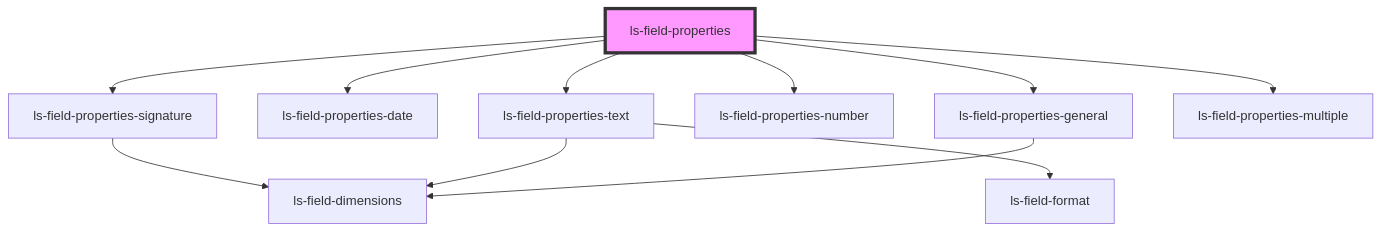
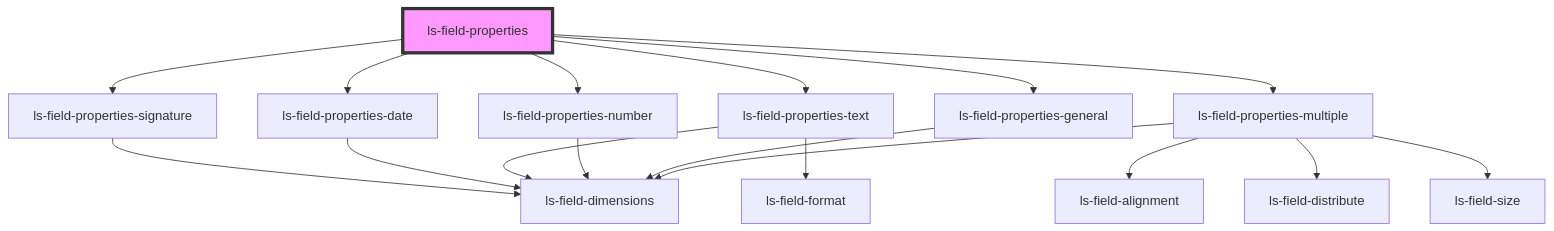
One commit to legalesign/ls-document-viewer changed the diagram in src/components/ls-field-properties/readme.md. Above: the diagram before and after it, drawn with Mermaid. The commit also changed 38 other files, not shown here.

````diff
--- a/src/components/ls-field-properties/readme.md
+++ b/src/components/ls-field-properties/readme.md
@@ -27,14 +27,20 @@
 ```mermaid
 graph TD;
   ls-field-properties --> ls-field-properties-signature
   ls-field-properties --> ls-field-properties-date
   ls-field-properties --> ls-field-properties-text
   ls-field-properties --> ls-field-properties-number
   ls-field-properties --> ls-field-properties-general
   ls-field-properties --> ls-field-properties-multiple
   ls-field-properties-signature --> ls-field-dimensions
+  ls-field-properties-date --> ls-field-dimensions
   ls-field-properties-text --> ls-field-dimensions
   ls-field-properties-text --> ls-field-format
+  ls-field-properties-number --> ls-field-dimensions
   ls-field-properties-general --> ls-field-dimensions
+  ls-field-properties-multiple --> ls-field-dimensions
+  ls-field-properties-multiple --> ls-field-alignment
+  ls-field-properties-multiple --> ls-field-distribute
+  ls-field-properties-multiple --> ls-field-size
   style ls-field-properties fill:#f9f,stroke:#333,stroke-width:4px
 ```
````
